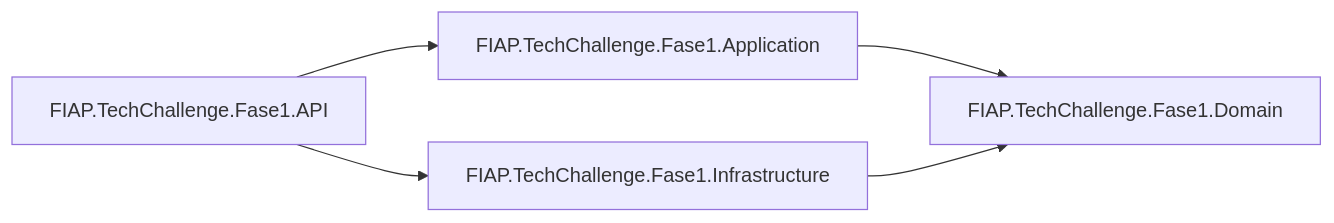
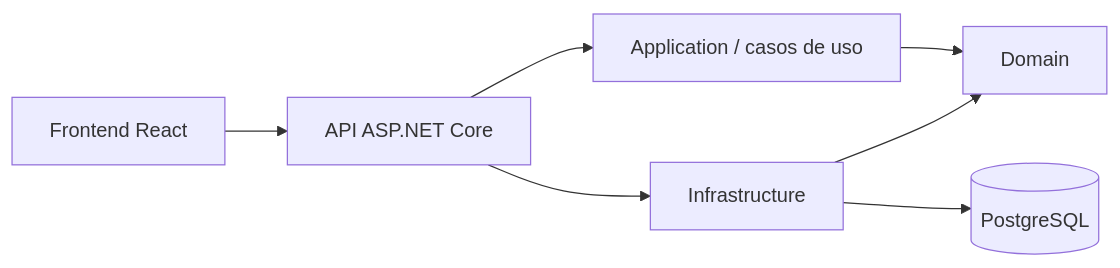
Before and after one commit to Maieru/fiap-tech-challenge: the diagram in README.md, drawn with Mermaid. The commit also changed other lines of this file, not shown here.

`````diff
--- a/README.md
+++ b/README.md
@@ -54,7 +21,9 @@
 ```mermaid
 graph LR
-    API["FIAP.TechChallenge.Fase1.API"] --> APP["FIAP.TechChallenge.Fase1.Application"]
-    API --> INFRA["FIAP.TechChallenge.Fase1.Infrastructure"]
-    APP --> DOMAIN["FIAP.TechChallenge.Fase1.Domain"]
-    INFRA --> DOMAIN
-````
+    Frontend["Frontend React"] --> API["API ASP.NET Core"]
+    API --> Application["Application / casos de uso"]
+    API --> Infrastructure["Infrastructure"]
+    Application --> Domain["Domain"]
+    Infrastructure --> Domain
+    Infrastructure --> PostgreSQL[(PostgreSQL)]
+```
`````
